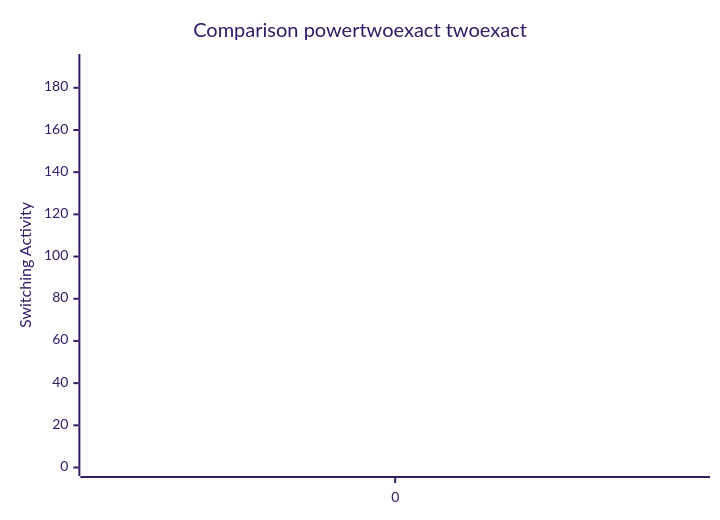
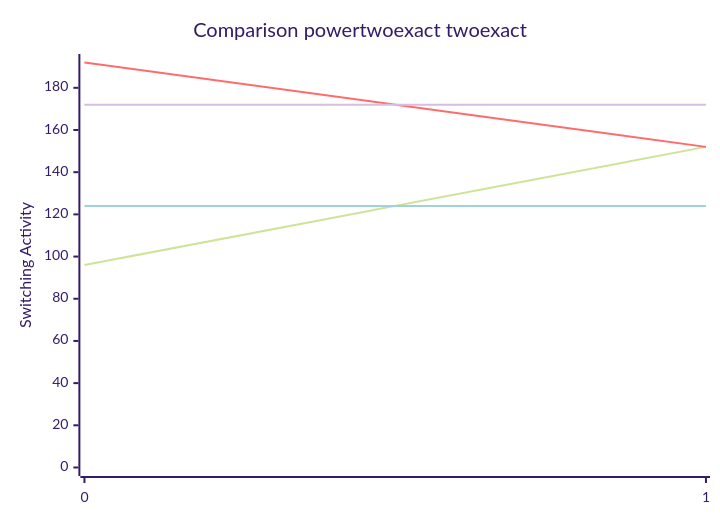
One commit to FeldmeierMichael/Exact-Power-Synthesis changed the diagram in benchmark.md. Above: the diagram before and after it, drawn with Mermaid (forest theme). The commit also changed other lines of this file and 2 other files, not shown here.

````diff
--- a/benchmark.md
+++ b/benchmark.md
@@ -13,10 +15,10 @@
 ```mermaid
 xychart-beta
     title "Comparison powertwoexact twoexact"
-    x-axis [0]
+    x-axis [0, 1]
     y-axis "Switching Activity" 0-->192
-    line [96]
-    line [192]
-    line [96.0]
-    line [192.0]
+    line [96, 152]
+    line [192, 152]
+    line [124.0, 124.0]
+    line [172.0, 172.0]
 ```
````
